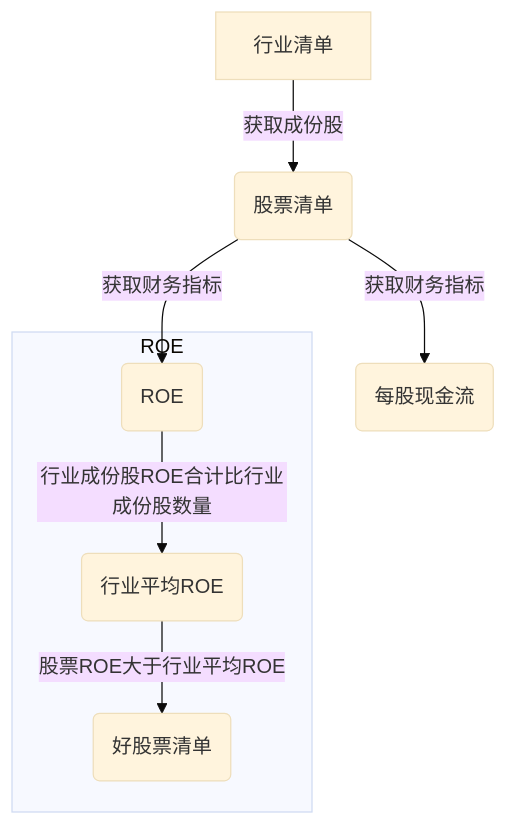
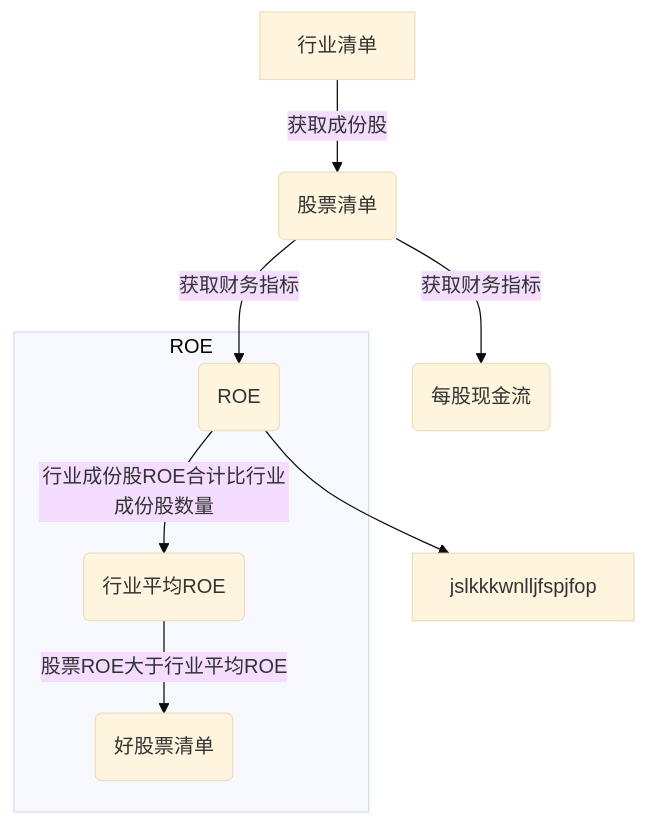
The second of 2 diagrams in README.md (lzjakin/six_indicators), drawn with Mermaid before and after one commit.

````diff
--- a/README.md
+++ b/README.md
@@ -74,15 +74,16 @@
 ```mermaid
 %%{init: {'theme':'base'}}%%
         graph TD
           A[行业清单] -->|获取成份股 | B(股票清单)
           B -->|获取财务指标 | C(ROE)
           B -->|获取财务指标 | D(每股现金流)
           C -->|行业成份股ROE合计比行业成份股数量 | E(行业平均ROE)
           E -->|股票ROE大于行业平均ROE | F(好股票清单)
+          C -->jslkkkwnlljfspjfop
           subgraph ROE
             C
             E
             F
           end
           
   ```
````
